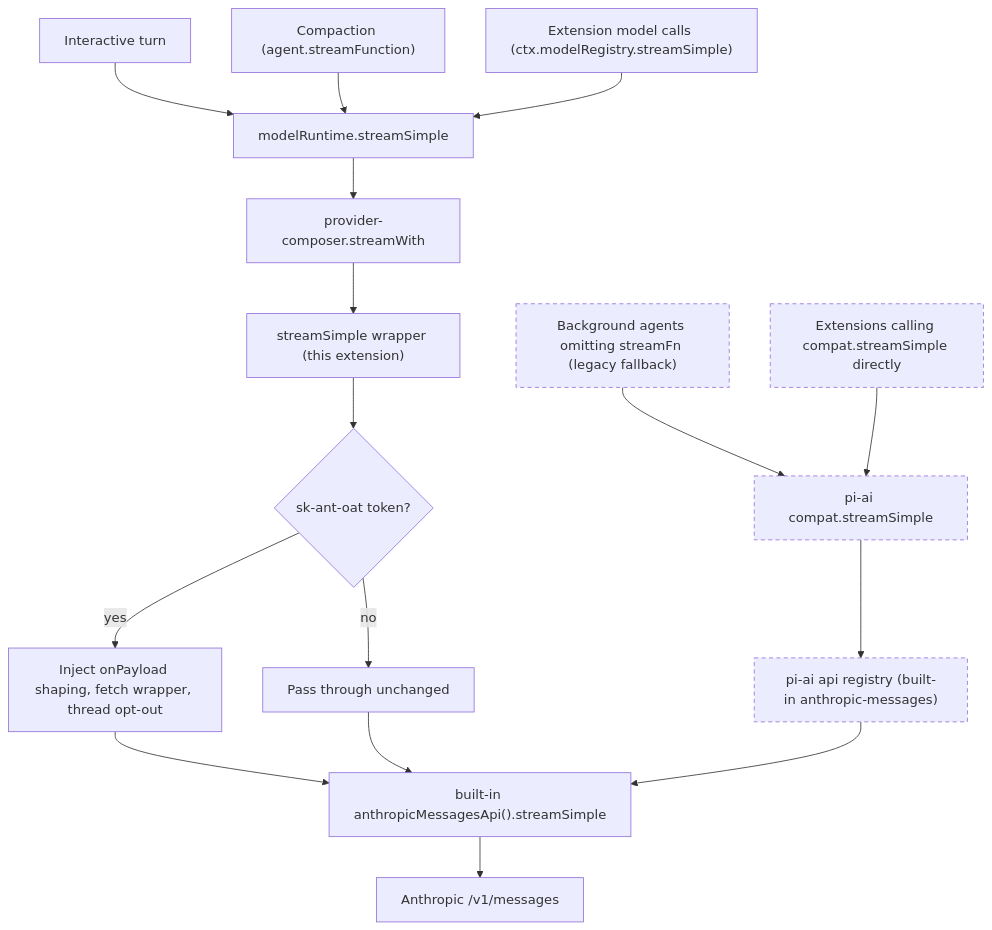
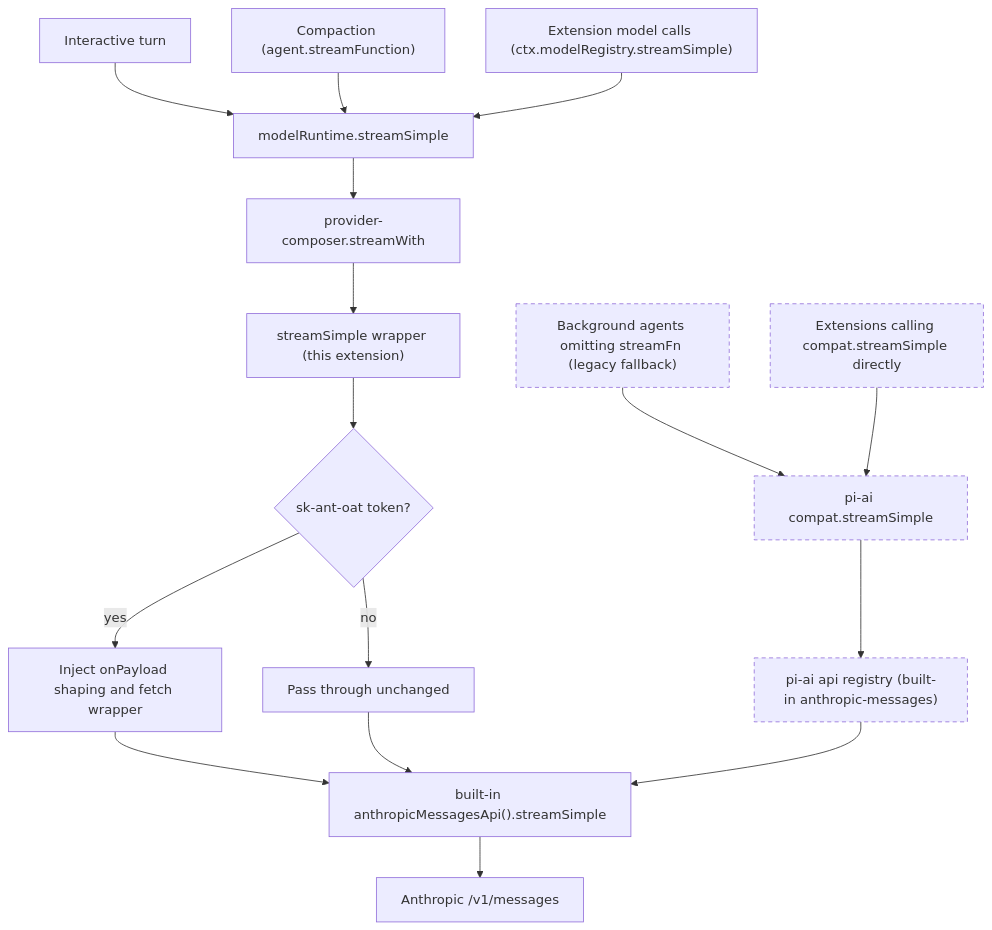
One commit to gotgenes/pi-anthropic-auth changed the diagram in docs/architecture.md. Above: the diagram before and after it, drawn with Mermaid. The commit also changed other lines of this file and 4 other files, not shown here.

````diff
--- a/docs/architecture.md
+++ b/docs/architecture.md
@@ -48,22 +48,22 @@
 ```mermaid
 flowchart TD
     A["Interactive turn"] --> MR["modelRuntime.streamSimple"]
     B["Compaction (agent.streamFunction)"] --> MR
     E["Extension model calls (ctx.modelRegistry.streamSimple)"] --> MR
     MR --> PC["provider-composer.streamWith"]
     PC --> W["streamSimple wrapper (this extension)"]
     W --> D{"sk-ant-oat token?"}
-    D -->|"yes"| S["Inject onPayload shaping, fetch wrapper, thread opt-out"]
+    D -->|"yes"| S["Inject onPayload shaping and fetch wrapper"]
     D -->|"no"| P["Pass through unchanged"]
     S --> G["built-in anthropicMessagesApi().streamSimple"]
     P --> G
     G --> AN["Anthropic /v1/messages"]
 
     C["Background agents omitting streamFn (legacy fallback)"] --> CD["pi-ai compat.streamSimple"]
     X["Extensions calling compat.streamSimple directly"] --> CD
     CD --> R["pi-ai api registry (built-in anthropic-messages)"]
     R --> G
 
     classDef gap stroke-dasharray: 5 4
     class C,X,CD,R gap
 ```
````
